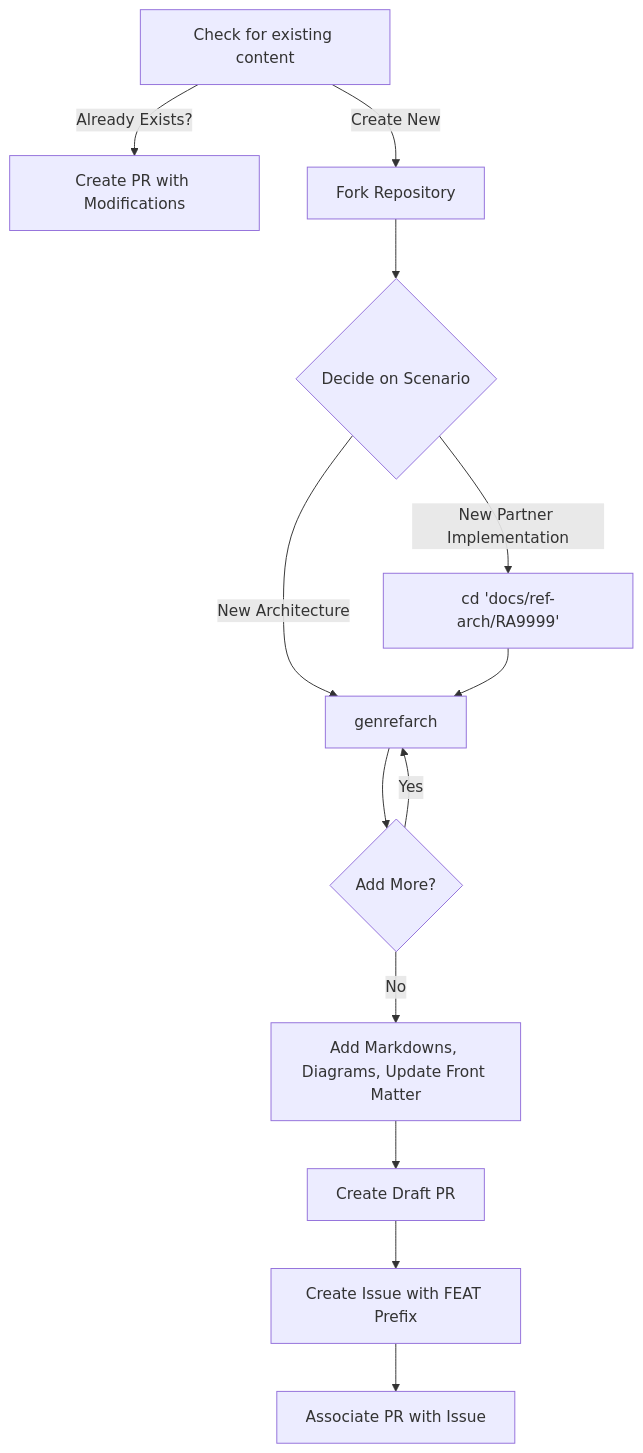
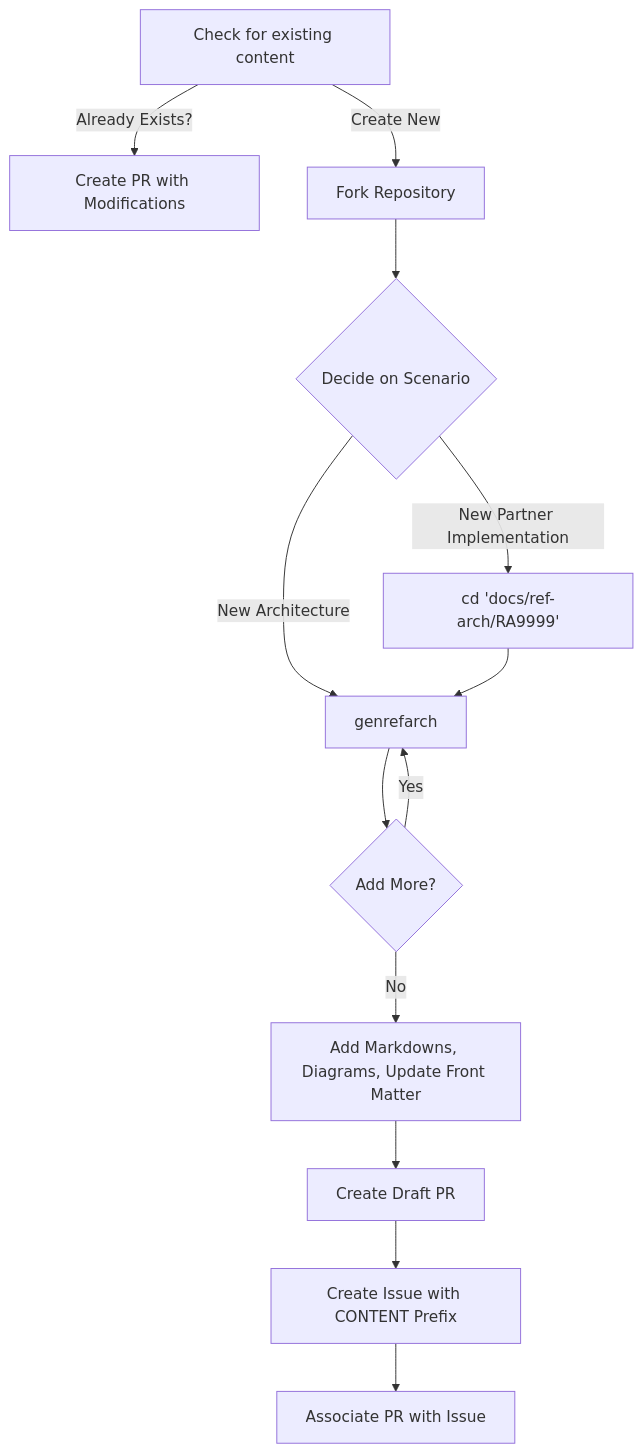
The diagram in community/intro.md (SAP/architecture-center), drawn with Mermaid before and after one commit.

Commit message:
Updates from editor

````diff
--- a/community/intro.md
+++ b/community/intro.md
@@ -42,15 +42,15 @@
 ```mermaid
 graph TD
 A[Check for existing content] -->|Already Exists?| B[Create PR with Modifications]
 A -->|Create New| D[Fork Repository]
 D --> C{Decide on Scenario}
 C -->|New Architecture| E[genrefarch]
 C -->|New Partner Implementation| H[cd 'docs/ref-arch/RA9999']
 H --> E
 E --> F{Add More?}
 F -->|Yes| E
 F -->|No| G[Add Markdowns, Diagrams, Update Front Matter]
 G --> I[Create Draft PR]
-I --> J[Create Issue with FEAT Prefix]
+I --> J[Create Issue with CONTENT Prefix]
 J --> K[Associate PR with Issue]
 ```
````
